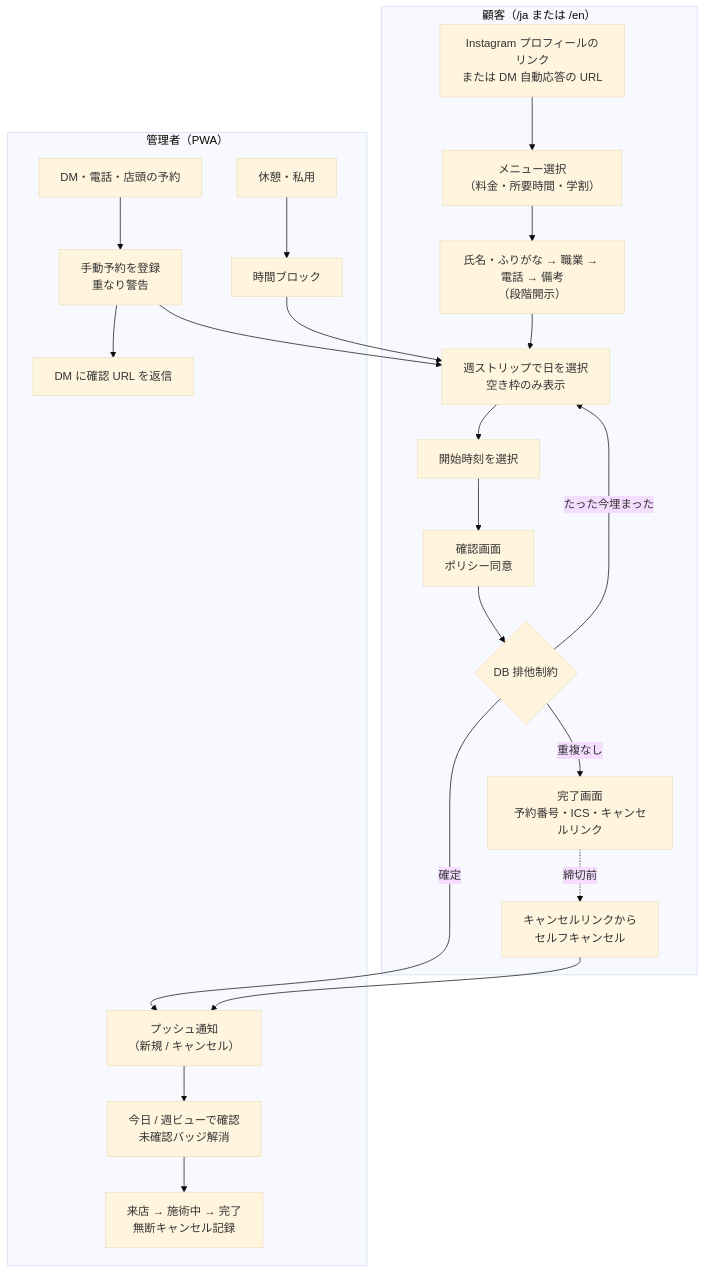
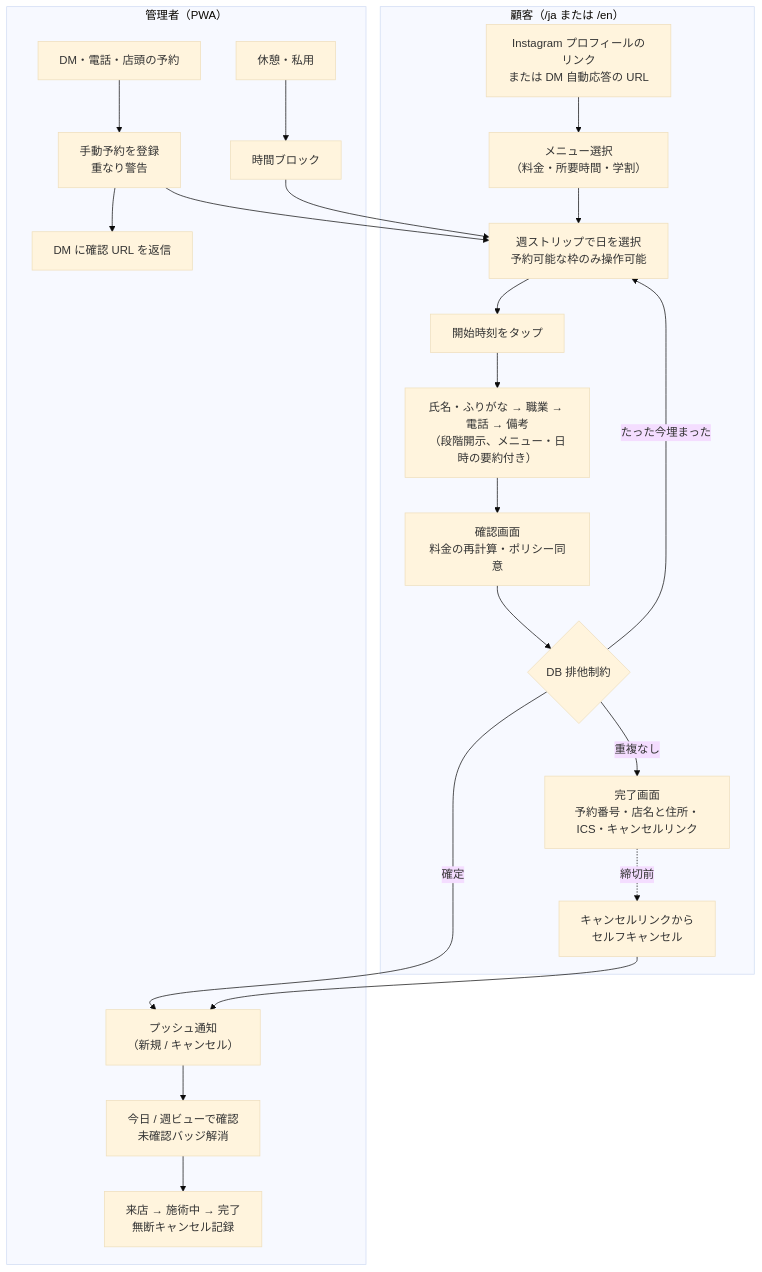
One commit to kaz-ma/barber-booking changed the second of 5 diagrams in docs/02_requirements/requirements.md. Above: the diagram before and after it, drawn with Mermaid (base theme). The commit also changed other lines of this file and 13 other files, not shown here.

````diff
--- a/docs/02_requirements/requirements.md
+++ b/docs/02_requirements/requirements.md
@@ -161,25 +162,25 @@
 ```mermaid
 flowchart TD
   subgraph 顧客["顧客（/ja または /en）"]
     A1["Instagram プロフィールのリンク<br/>または DM 自動応答の URL"] --> A2["メニュー選択<br/>（料金・所要時間・学割）"]
-    A2 --> A3["氏名・ふりがな → 職業 → 電話 → 備考<br/>（段階開示）"]
-    A3 --> A4["週ストリップで日を選択<br/>空き枠のみ表示"]
-    A4 --> A5["開始時刻を選択"]
-    A5 --> A6["確認画面<br/>ポリシー同意"]
+    A2 --> A4["週ストリップで日を選択<br/>予約可能な枠のみ操作可能"]
+    A4 --> A5["開始時刻をタップ"]
+    A5 --> A3["氏名・ふりがな → 職業 → 電話 → 備考<br/>（段階開示、メニュー・日時の要約付き）"]
+    A3 --> A6["確認画面<br/>料金の再計算・ポリシー同意"]
     A6 --> A7{"DB 排他制約"}
-    A7 -- "重複なし" --> A8["完了画面<br/>予約番号・ICS・キャンセルリンク"]
+    A7 -- "重複なし" --> A8["完了画面<br/>予約番号・店名と住所・ICS・キャンセルリンク"]
     A7 -- "たった今埋まった" --> A4
     A8 -. "締切前" .-> A9["キャンセルリンクから<br/>セルフキャンセル"]
   end
   subgraph 管理["管理者（PWA）"]
     B1["プッシュ通知<br/>（新規 / キャンセル）"] --> B2["今日 / 週ビューで確認<br/>未確認バッジ解消"]
     B3["DM・電話・店頭の予約"] --> B4["手動予約を登録<br/>重なり警告"]
     B4 --> B5["DM に確認 URL を返信"]
     B6["休憩・私用"] --> B7["時間ブロック"]
     B2 --> B8["来店 → 施術中 → 完了<br/>無断キャンセル記録"]
   end
   A7 -- "確定" --> B1
   A9 --> B1
   B4 --> A4
   B7 --> A4
 ```
````
